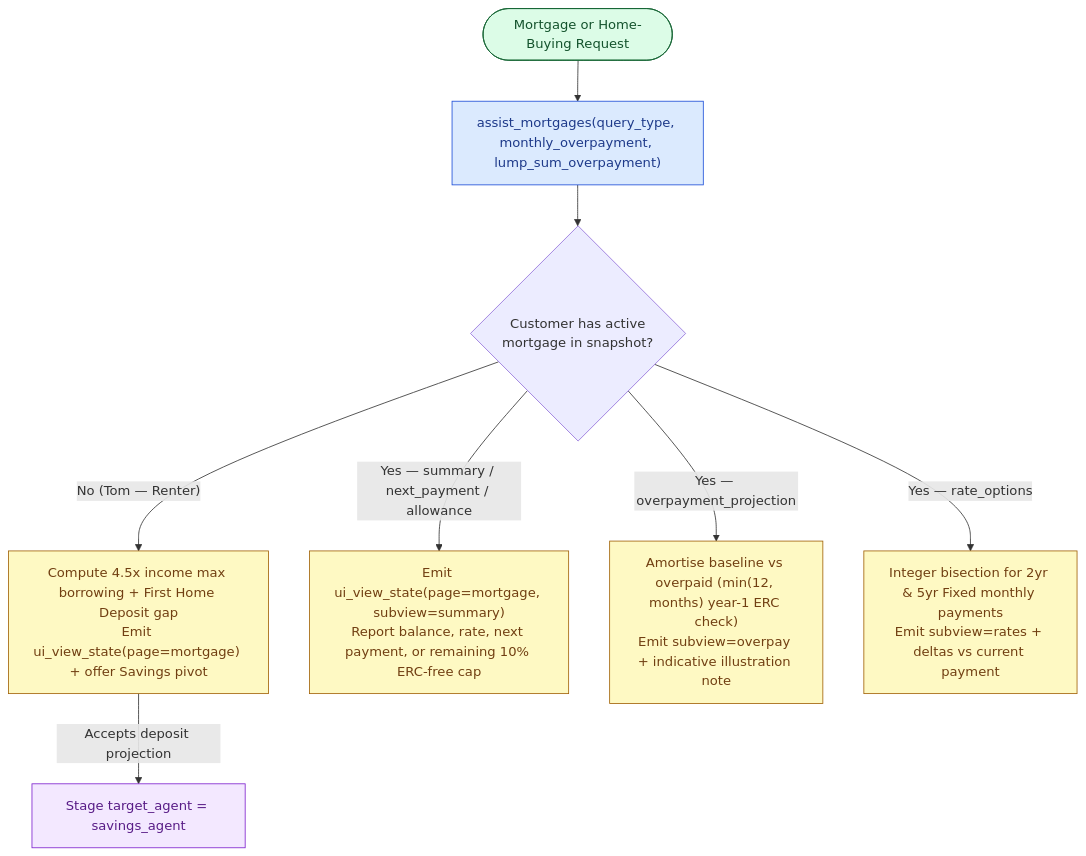
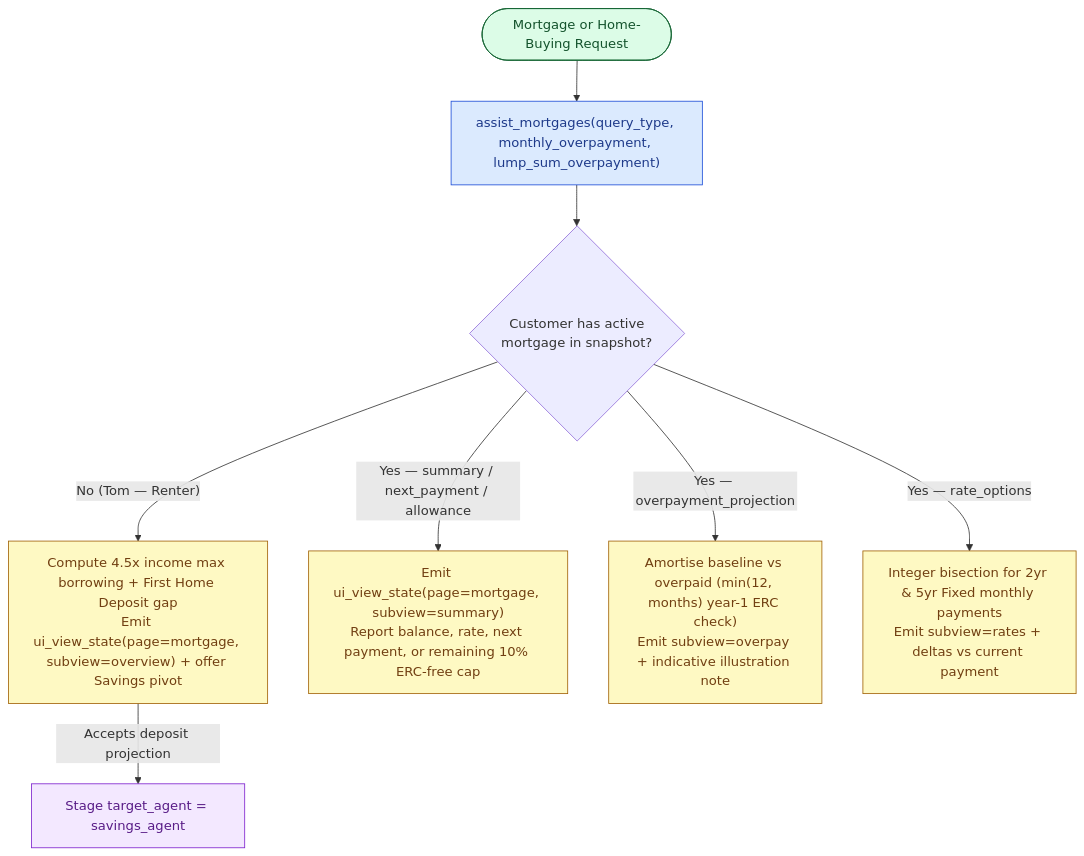
One commit to oliviervg1/gecx-bank-demo changed the fourth of 4 diagrams in docs/architecture/banking_flows.md. Above: the diagram before and after it, drawn with Mermaid. The commit also changed other lines of this file and 13 other files, not shown here.

````diff
--- a/docs/architecture/banking_flows.md
+++ b/docs/architecture/banking_flows.md
@@ -83,15 +83,15 @@
 ```mermaid
 flowchart TD
     classDef entry fill:#dcfce7,stroke:#166534,color:#14532d;
     classDef ctrl fill:#dbeafe,stroke:#1d4ed8,color:#1e3a8a;
     classDef state fill:#fef9c3,stroke:#a16207,color:#713f12;
     classDef route fill:#f3e8ff,stroke:#7e22ce,color:#581c87;
 
     In(["Mortgage or Home-Buying Request"]):::entry --> Mtg["assist_mortgages(query_type, monthly_overpayment, lump_sum_overpayment)"]:::ctrl
     Mtg --> HasMtg{"Customer has active<br/>mortgage in snapshot?"}
-    HasMtg -->|"No (Tom — Renter)"| Rent["Compute 4.5x income max borrowing + First Home Deposit gap<br/>Emit ui_view_state(page=mortgage) + offer Savings pivot"]:::state
+    HasMtg -->|"No (Tom — Renter)"| Rent["Compute 4.5x income max borrowing + First Home Deposit gap<br/>Emit ui_view_state(page=mortgage, subview=overview) + offer Savings pivot"]:::state
     Rent -->|"Accepts deposit projection"| ToSav["Stage target_agent = savings_agent"]:::route
     HasMtg -->|"Yes — summary / next_payment / allowance"| Summary["Emit ui_view_state(page=mortgage, subview=summary)<br/>Report balance, rate, next payment, or remaining 10% ERC-free cap"]:::state
     HasMtg -->|"Yes — overpayment_projection"| Overpay["Amortise baseline vs overpaid (min(12, months) year-1 ERC check)<br/>Emit subview=overpay + indicative illustration note"]:::state
     HasMtg -->|"Yes — rate_options"| Rates["Integer bisection for 2yr & 5yr Fixed monthly payments<br/>Emit subview=rates + deltas vs current payment"]:::state
 ```
````
